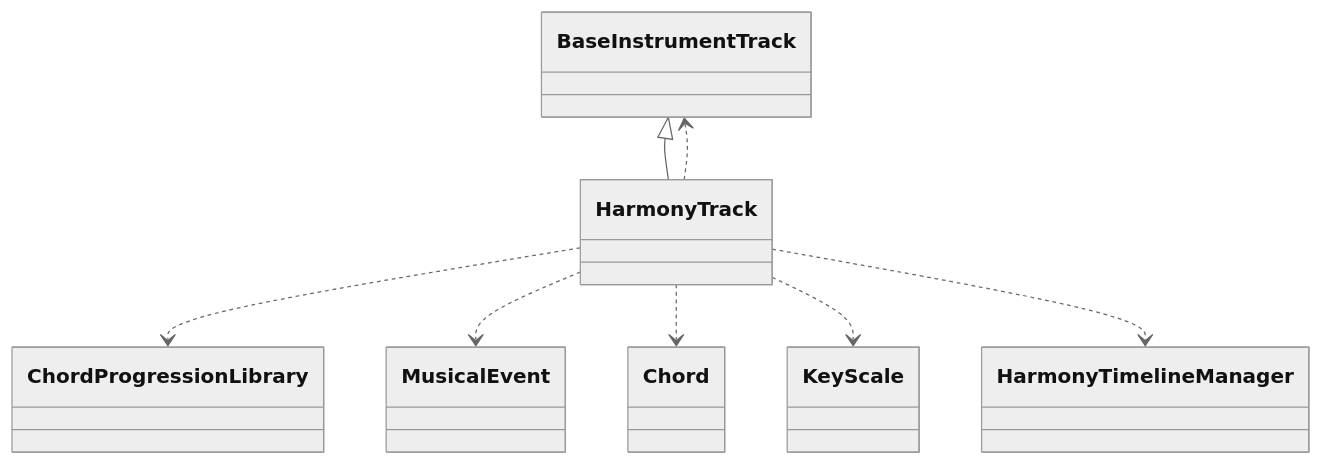
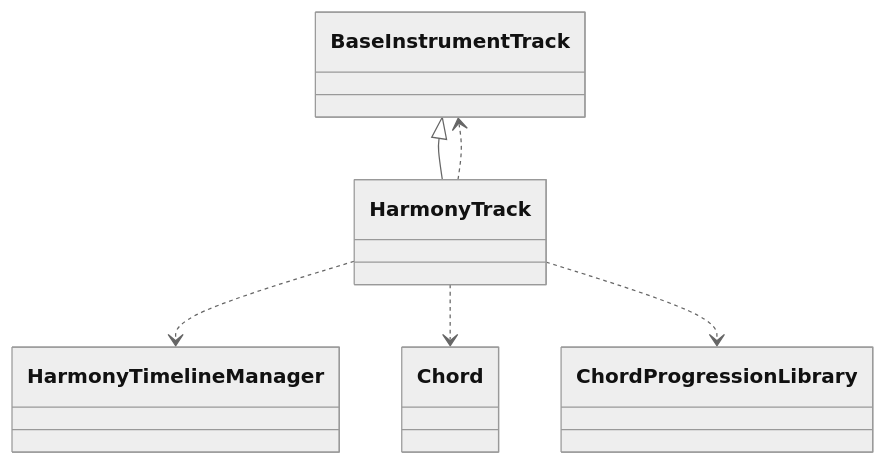
Before and after one commit to schnock-art/project_inspector: the fourth of 39 diagrams in test/test.md, drawn with Mermaid (neutral theme). The commit also changed other lines of this file and 3 other files, not shown here.

````diff
--- a/test/test.md
+++ b/test/test.md
@@ -196,10 +186,8 @@
 ```mermaid
 classDiagram
 BaseInstrumentTrack <|-- HarmonyTrack
+HarmonyTrack ..> HarmonyTimelineManager
+HarmonyTrack ..> BaseInstrumentTrack
+HarmonyTrack ..> Chord
 HarmonyTrack ..> ChordProgressionLibrary
-HarmonyTrack ..> MusicalEvent
-HarmonyTrack ..> Chord
-HarmonyTrack ..> BaseInstrumentTrack
-HarmonyTrack ..> KeyScale
-HarmonyTrack ..> HarmonyTimelineManager
 ```
````
